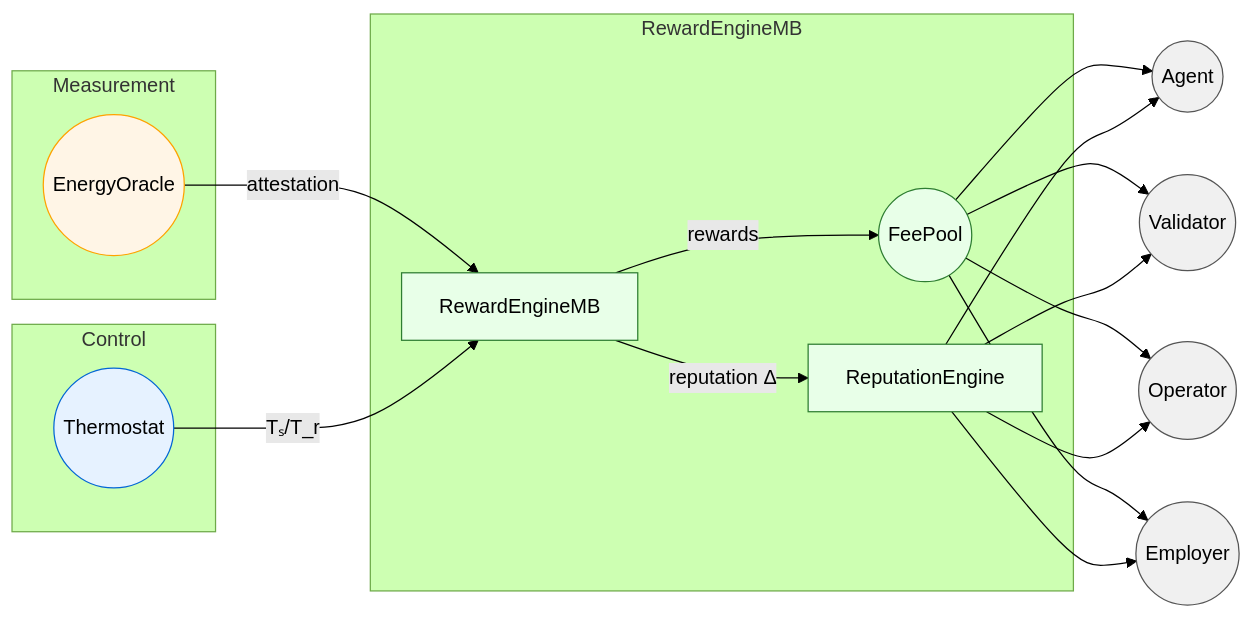
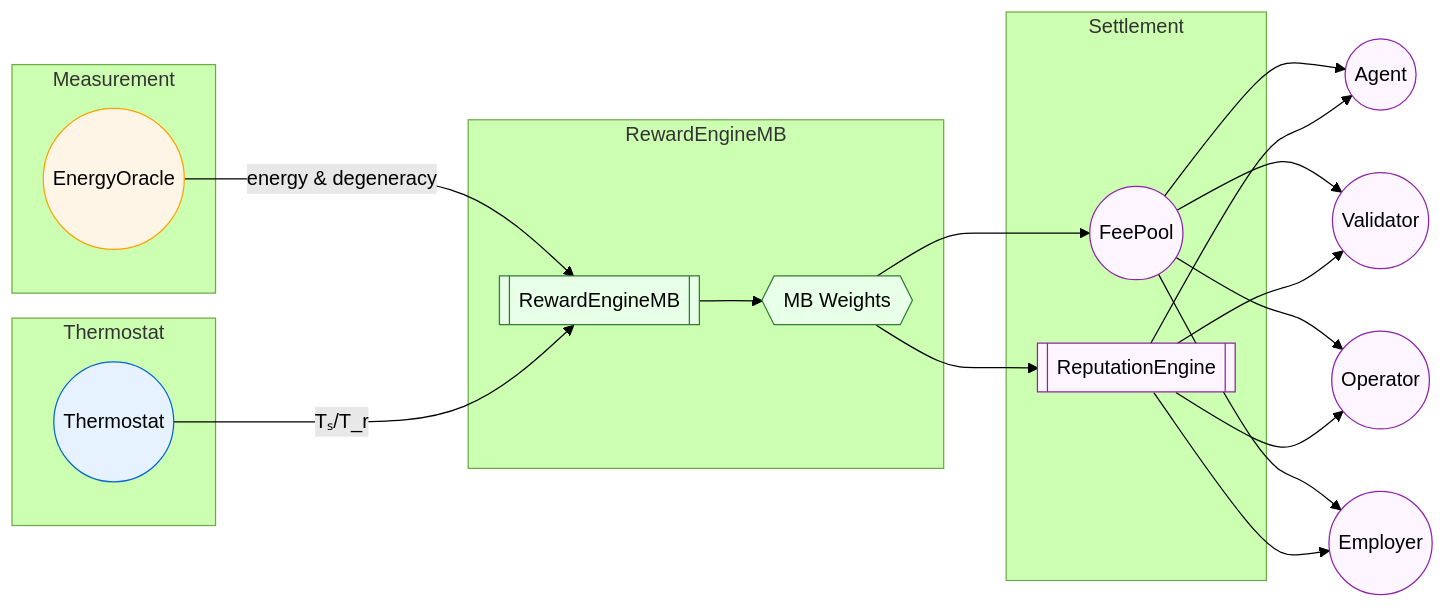
One commit to MontrealAI/AGIJobsv0 changed the first of 2 diagrams in docs/universal-platform-incentive-architecture.md. Above: the diagram before and after it, drawn with Mermaid (forest theme). The commit also changed other lines of this file and 1 other file, not shown here.

Commit message:
docs: enhance thermodynamic incentive diagrams

````diff
--- a/docs/universal-platform-incentive-architecture.md
+++ b/docs/universal-platform-incentive-architecture.md
@@ -32,37 +32,40 @@
 ```mermaid
 flowchart LR
-    subgraph Measurement
+    subgraph Measurement["Measurement"]
         EO((EnergyOracle))
     end
-    subgraph Control
+    subgraph Control["Thermostat"]
         TH((Thermostat))
     end
-    subgraph Settlement[RewardEngineMB]
-        RE[RewardEngineMB]
+    subgraph Engine["RewardEngineMB"]
+        RE[[RewardEngineMB]]
+        MB{{MB Weights}}
+    end
+    subgraph Settlement["Settlement"]
         FP((FeePool))
-        REP[ReputationEngine]
+        REP[[ReputationEngine]]
     end
 
-    EO -- attestation --> RE
-    TH -- "Tₛ/T_r" --> RE
-    RE -- rewards --> FP
-    RE -- "reputation Δ" --> REP
+    EO -- energy & degeneracy --> RE
+    TH -- Tₛ/T_r --> RE
+    RE --> MB
+    MB --> FP
+    MB --> REP
     FP --> Agent((Agent))
     FP --> Validator((Validator))
     FP --> Operator((Operator))
     FP --> Employer((Employer))
     REP --> Agent
     REP --> Validator
     REP --> Operator
     REP --> Employer
 
     classDef meas fill:#fff5e6,stroke:#ffa200,stroke-width:1px;
     classDef ctrl fill:#e6f2ff,stroke:#0366d6,stroke-width:1px;
-    classDef settle fill:#e8ffe8,stroke:#2e7d32,stroke-width:1px;
-    classDef role fill:#f0f0f0,stroke:#555,stroke-width:1px;
-
+    classDef engine fill:#e8ffe8,stroke:#2e7d32,stroke-width:1px;
+    classDef settle fill:#fdf5ff,stroke:#8e24aa,stroke-width:1px;
     class EO meas;
     class TH ctrl;
-    class RE,FP,REP settle;
-    class Agent,Validator,Operator,Employer role;
+    class RE,MB engine;
+    class FP,REP,Agent,Validator,Operator,Employer settle;
 ```
````
